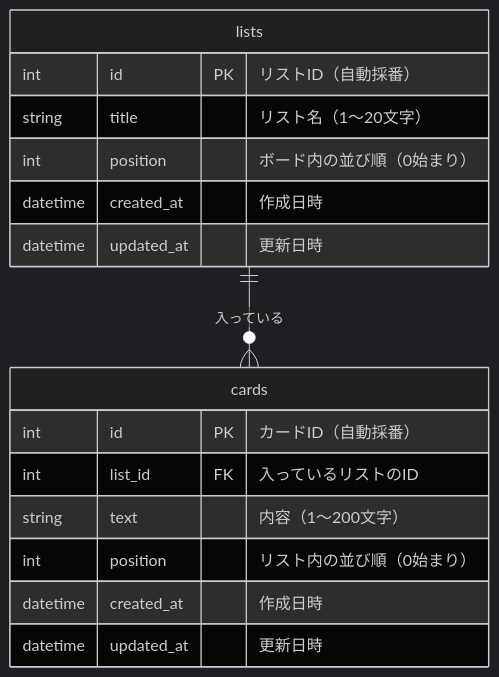
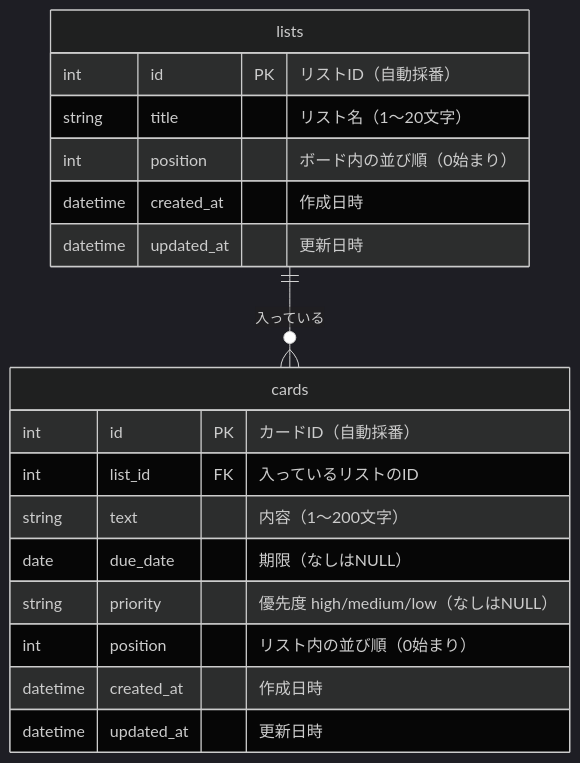
Before and after one commit to nozomi-jp/task-app: the diagram in docs/requirements/04-system-design.md, drawn with Mermaid (dark theme). The commit also changed other lines of this file and 5 other files, not shown here.

````diff
--- a/docs/requirements/04-system-design.md
+++ b/docs/requirements/04-system-design.md
@@ -76,19 +78,21 @@
 ```mermaid
 erDiagram
     lists ||--o{ cards : "入っている"
     lists {
         int id PK "リストID（自動採番）"
         string title "リスト名（1〜20文字）"
         int position "ボード内の並び順（0始まり）"
         datetime created_at "作成日時"
         datetime updated_at "更新日時"
     }
     cards {
         int id PK "カードID（自動採番）"
         int list_id FK "入っているリストのID"
         string text "内容（1〜200文字）"
+        date due_date "期限（なしはNULL）"
+        string priority "優先度 high/medium/low（なしはNULL）"
         int position "リスト内の並び順（0始まり）"
         datetime created_at "作成日時"
         datetime updated_at "更新日時"
     }
 ```
````
